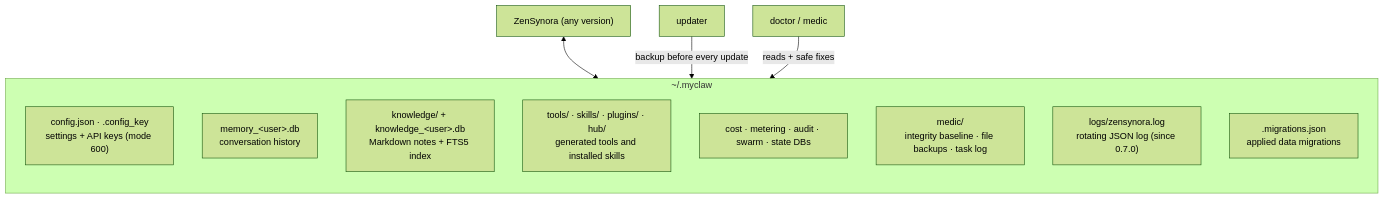
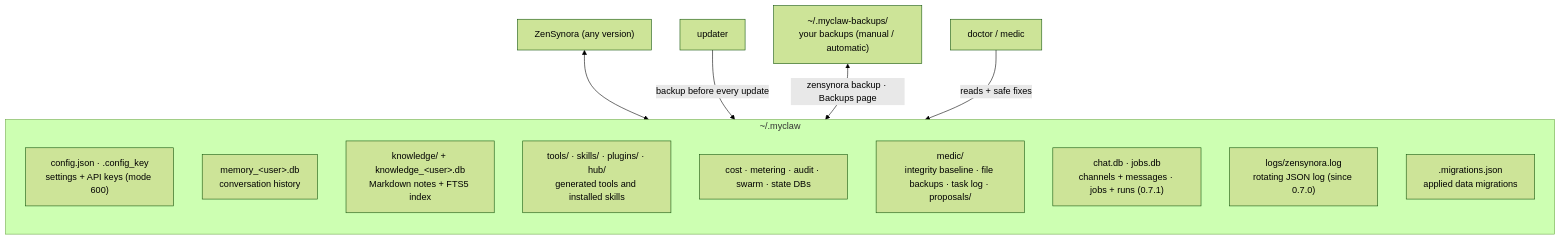
The eighth of 14 diagrams in docs/architecture_diagram.md (adrianx26/zensynora), drawn with Mermaid (forest theme) before and after one commit. The commit also changed other lines of this file and 86 other files, not shown here.

````diff
--- a/docs/architecture_diagram.md
+++ b/docs/architecture_diagram.md
@@ -269,17 +295,19 @@
 ```mermaid
 flowchart TB
     subgraph data["~/.myclaw"]
         direction TB
         cfgf["config.json · .config_key<br/>settings + API keys (mode 600)"]
         mem["memory_&lt;user&gt;.db<br/>conversation history"]
         kdb["knowledge/ + knowledge_&lt;user&gt;.db<br/>Markdown notes + FTS5 index"]
         tlb["tools/ · skills/ · plugins/ · hub/<br/>generated tools and installed skills"]
         misc["cost · metering · audit · swarm · state DBs"]
-        med["medic/<br/>integrity baseline · file backups · task log"]
+        med["medic/<br/>integrity baseline · file backups · task log · proposals/"]
+        chatdb["chat.db · jobs.db<br/>channels + messages · jobs + runs (0.7.1)"]
         logs["logs/zensynora.log<br/>rotating JSON log (since 0.7.0)"]
         mig[".migrations.json<br/>applied data migrations"]
     end
     app["ZenSynora (any version)"] <--> data
     upd["updater"] -- "backup before every update" --> data
+    bkp["~/.myclaw-backups/<br/>your backups (manual / automatic)"] <-- "zensynora backup · Backups page" --> data
     doc["doctor / medic"] -- "reads + safe fixes" --> data
 ```
````
